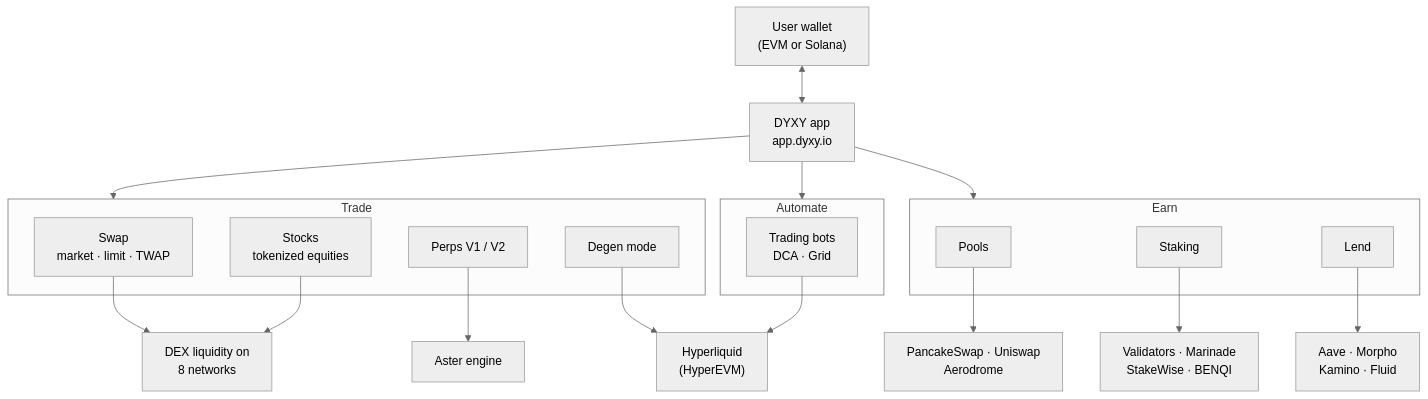
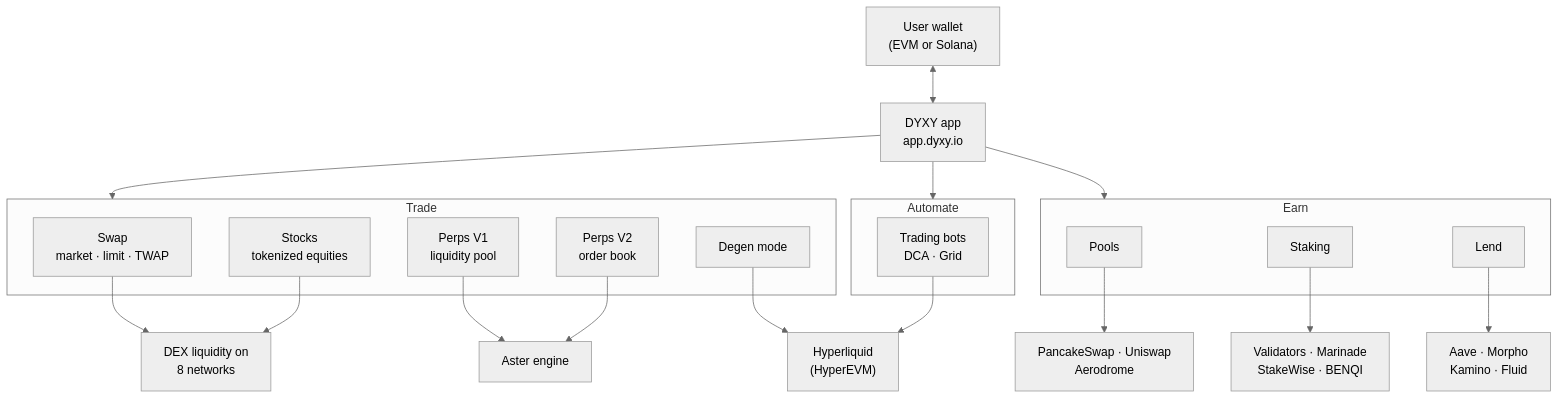
The first of 3 diagrams in README.md (dyxy-io/architecture), drawn with Mermaid (neutral theme) before and after one commit. The commit also changed other lines of this file, not shown here.

First line of the commit message:
Describe perps V1/V2/Degen by execution model (liquidity pool vs order book)

````diff
--- a/README.md
+++ b/README.md
@@ -21,37 +21,39 @@
 ```mermaid
 flowchart TB
     U["User wallet<br/>(EVM or Solana)"]
     APP["DYXY app<br/>app.dyxy.io"]
 
     U <--> APP
 
     subgraph TRADE["Trade"]
         SW["Swap<br/>market · limit · TWAP"]
         ST["Stocks<br/>tokenized equities"]
-        PV["Perps V1 / V2"]
+        PV1["Perps V1<br/>liquidity pool"]
+        PV2["Perps V2<br/>order book"]
         DG["Degen mode"]
     end
 
     subgraph AUTO["Automate"]
         BOT["Trading bots<br/>DCA · Grid"]
     end
 
     subgraph EARN["Earn"]
         PL["Pools"]
         SK["Staking"]
         LD["Lend"]
     end
 
     APP --> TRADE
     APP --> AUTO
     APP --> EARN
 
     SW --> DEX["DEX liquidity on<br/>8 networks"]
     ST --> DEX
-    PV --> ASTER["Aster engine"]
+    PV1 --> ASTER["Aster engine"]
+    PV2 --> ASTER
     DG --> HL["Hyperliquid<br/>(HyperEVM)"]
     BOT --> HL
     PL --> AMM["PancakeSwap · Uniswap<br/>Aerodrome"]
     SK --> STK["Validators · Marinade<br/>StakeWise · BENQI"]
     LD --> LEND["Aave · Morpho<br/>Kamino · Fluid"]
 ```
````
